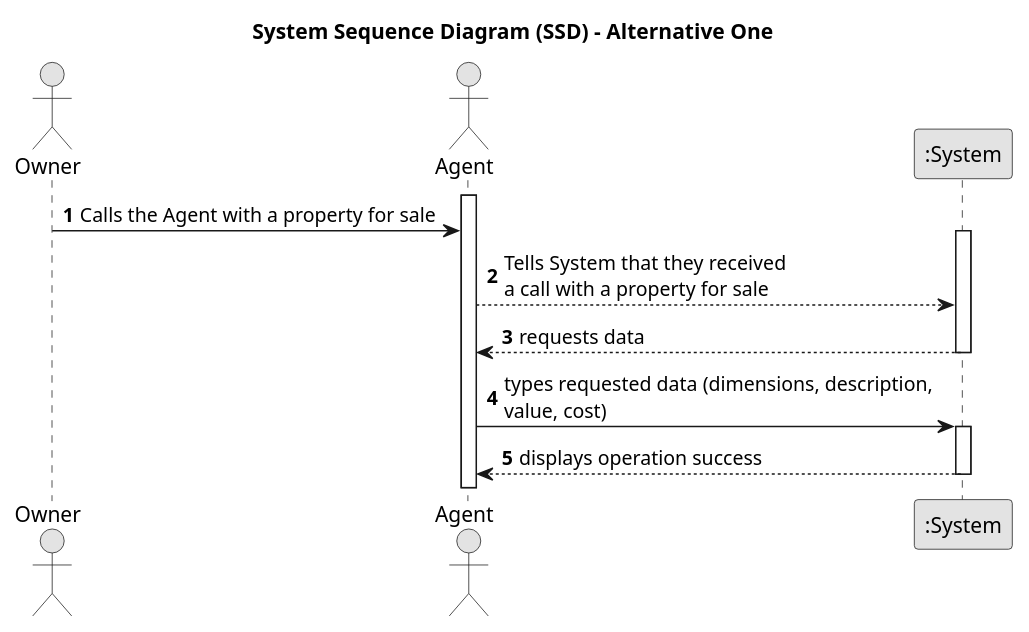
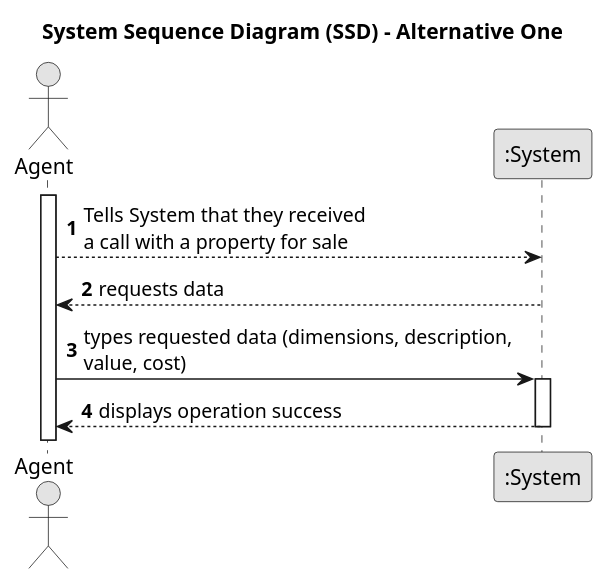
One commit to Goncalves2525/real-estate-management-system changed the diagram in docs/sprintA/us002/01.requirements-engineering/puml/us002-system-sequence-diagram-alternative-one.puml. Above: the diagram before and after it, drawn with PlantUML. The commit also changed 30 other files, not shown here.

```diff
--- a/docs/sprintA/us002/01.requirements-engineering/puml/us002-system-sequence-diagram-alternative-one.puml
+++ b/docs/sprintA/us002/01.requirements-engineering/puml/us002-system-sequence-diagram-alternative-one.puml
@@ -1,30 +1,30 @@
 @startuml
 skinparam monochrome true
 skinparam packageStyle rectangle
 skinparam shadowing false
 
 title System Sequence Diagram (SSD) - Alternative One
 
 autonumber
 
-actor "Owner" as Owner
+'actor "Owner" as Owner
 actor "Agent" as Agent
 participant ":System" as System
 
 activate Agent
 
-    Owner -> Agent : Calls the Agent with a property for sale
-    activate System
+'    Owner -> Agent : Calls the Agent with a property for sale
+'    activate System
 
     Agent --> System : Tells System that they received \na call with a property for sale
 
     System --> Agent : requests data
     deactivate System
 
     Agent -> System : types requested data (dimensions, description, \nvalue, cost)
     activate System
 
     System --> Agent : displays operation success
     deactivate System
 
 @enduml
```
